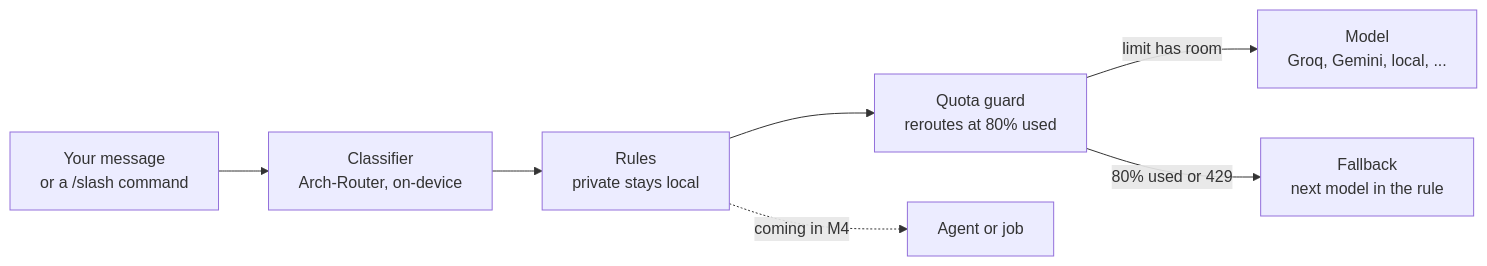
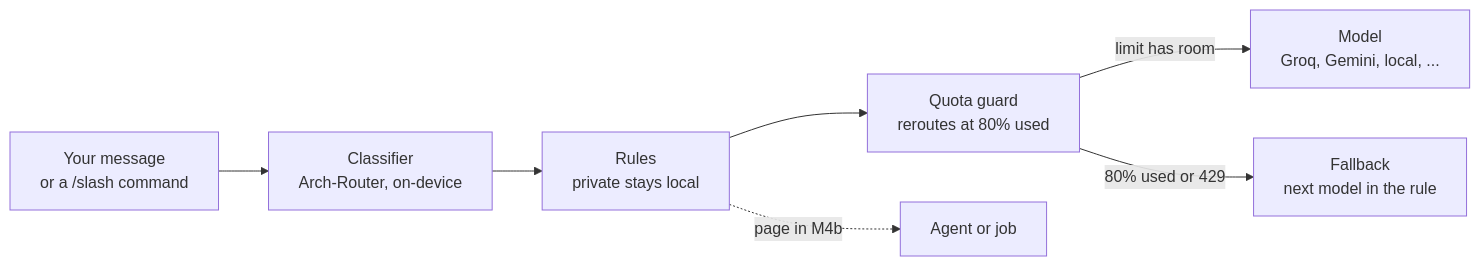
The diagram in README.md (DevelopingGod/switchboard), drawn with Mermaid before and after one commit. The commit also changed other lines of this file and 96 other files, not shown here.

````diff
--- a/README.md
+++ b/README.md
@@ -47,9 +48,9 @@
 ```mermaid
 flowchart LR
   M["Your message<br/>or a /slash command"] --> C["Classifier<br/>Arch-Router, on-device"]
   C --> R["Rules<br/>private stays local"]
   R --> Q["Quota guard<br/>reroutes at 80% used"]
   Q -->|"limit has room"| P["Model<br/>Groq, Gemini, local, ..."]
   Q -->|"80% used or 429"| F["Fallback<br/>next model in the rule"]
-  R -.->|"coming in M4"| A["Agent or job"]
+  R -.->|"page in M4b"| A["Agent or job"]
 ```
````
